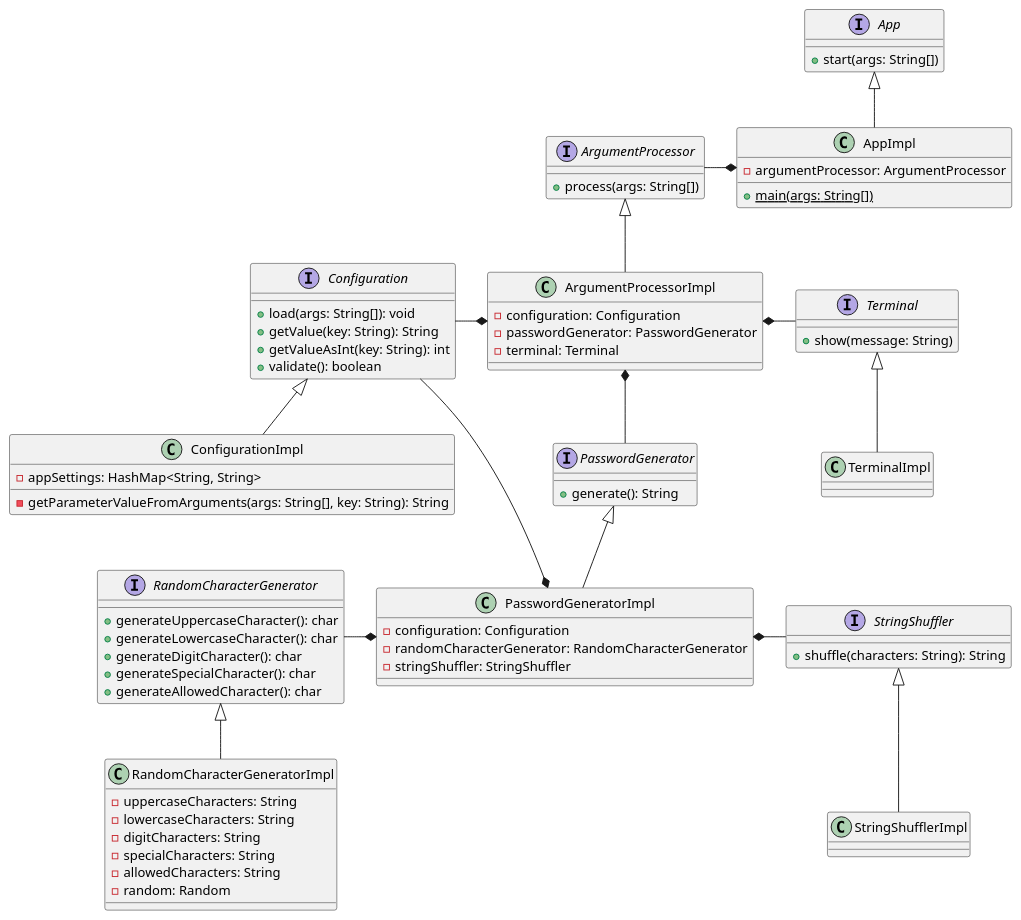
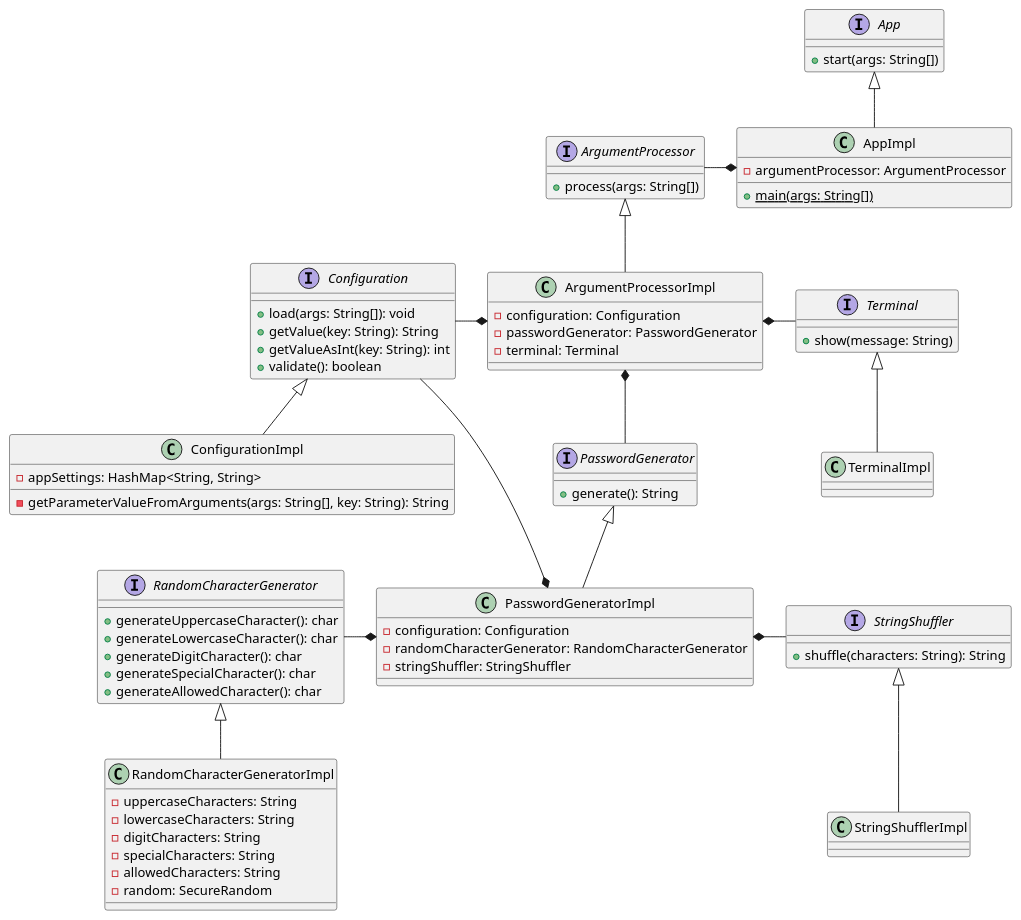
Before and after one commit to djvelimir/demo-java-cli: the diagram in diagrams/Class.puml, drawn with PlantUML. The commit also changed 1 other file, not shown here.

Commit message:
fix(security): use java.security.SecureRandom instead of java.util.Random for cryptographic security

```diff
--- a/diagrams/Class.puml
+++ b/diagrams/Class.puml
@@ -1,92 +1,92 @@
 @startuml Class
 interface App {
     + start(args: String[])
 }
 
 class AppImpl {
     - argumentProcessor: ArgumentProcessor
     + {static} main(args: String[])
 }
 
 interface Configuration {
     + load(args: String[]): void
     + getValue(key: String): String
     + getValueAsInt(key: String): int
     + validate(): boolean
 }
 
 class ConfigurationImpl {
     - appSettings: HashMap<String, String>
     - getParameterValueFromArguments(args: String[], key: String): String
 }
 
 interface ArgumentProcessor {
     + process(args: String[])
 }
 
 class ArgumentProcessorImpl {
     - configuration: Configuration
     - passwordGenerator: PasswordGenerator
     - terminal: Terminal
 }
 
 interface Terminal {
     + show(message: String)
 }
 
 class TerminalImpl {
 }
 
 interface PasswordGenerator {
     + generate(): String
 }
 
 class PasswordGeneratorImpl {
     - configuration: Configuration
     - randomCharacterGenerator: RandomCharacterGenerator
     - stringShuffler: StringShuffler
 }
 
 interface RandomCharacterGenerator {
     + generateUppercaseCharacter(): char
     + generateLowercaseCharacter(): char
     + generateDigitCharacter(): char
     + generateSpecialCharacter(): char
     + generateAllowedCharacter(): char
 }
 
 class RandomCharacterGeneratorImpl {
     - uppercaseCharacters: String
     - lowercaseCharacters: String
     - digitCharacters: String
     - specialCharacters: String
     - allowedCharacters: String
-    - random: Random
+    - random: SecureRandom
 }
 
 interface StringShuffler {
     + shuffle(characters: String): String
 }
 
 class StringShufflerImpl {
 }
 
 Configuration <|-- ConfigurationImpl
 ArgumentProcessor <|-- ArgumentProcessorImpl
 Terminal <|-- TerminalImpl
 PasswordGenerator <|-- PasswordGeneratorImpl
 RandomCharacterGenerator <|-- RandomCharacterGeneratorImpl
 StringShuffler <|-- StringShufflerImpl
 App <|-- AppImpl
 
 AppImpl *--l ArgumentProcessor
 
 ArgumentProcessorImpl *--d PasswordGenerator
 ArgumentProcessorImpl *--r Terminal
 
 PasswordGeneratorImpl *--l RandomCharacterGenerator
 PasswordGeneratorImpl *--r StringShuffler
 
 PasswordGeneratorImpl *--d Configuration
 ArgumentProcessorImpl *--l Configuration
 @enduml
```
